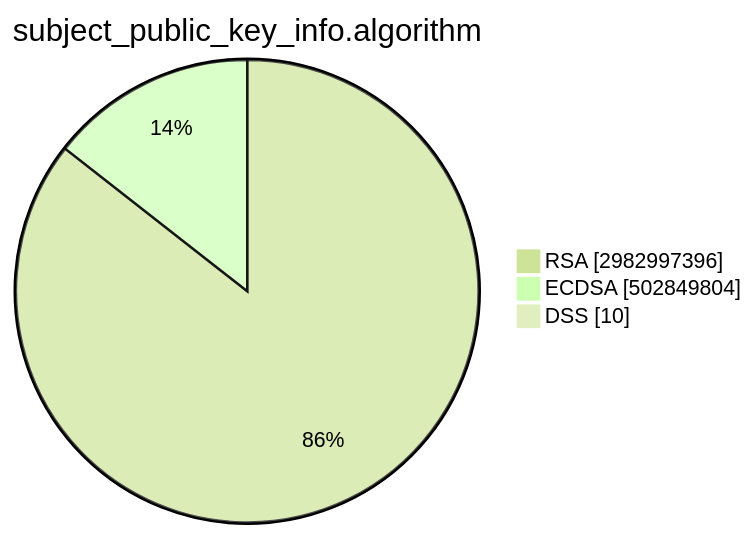
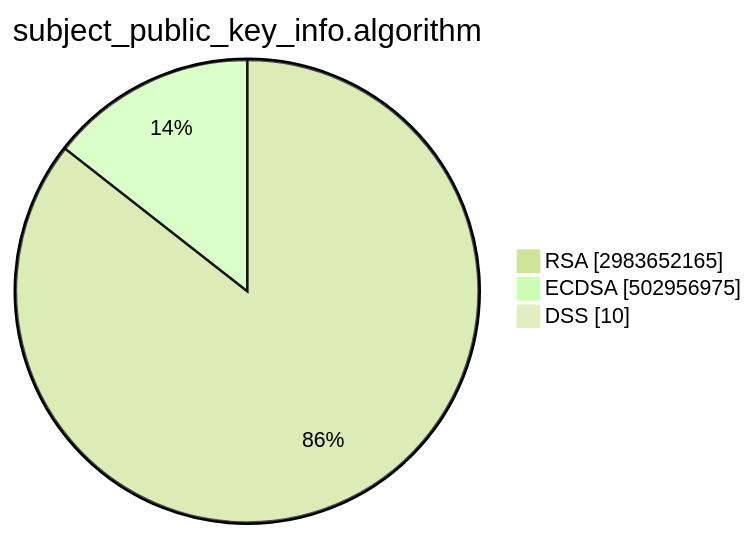
Before and after one commit to christiankrug/ctmonitor_visualization: the second of 15 diagrams in TOTAL/README.md, drawn with Mermaid (forest theme). The commit also changed other lines of this file, not shown here.

````diff
--- a/TOTAL/README.md
+++ b/TOTAL/README.md
@@ -6,7 +6,7 @@
 ```mermaid
 pie showData
 title subject_public_key_info.algorithm
-"RSA" :2982997396
-"ECDSA" :502849804
+"RSA" :2983652165
+"ECDSA" :502956975
 "DSS" :10
 ```
````
